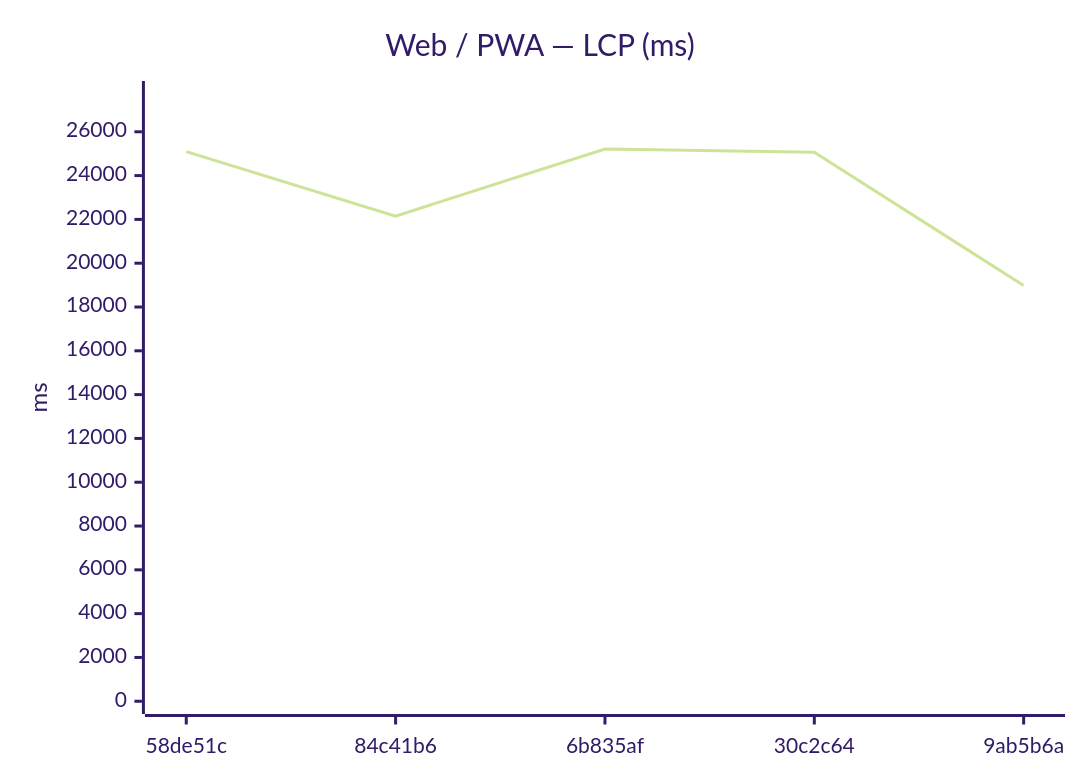
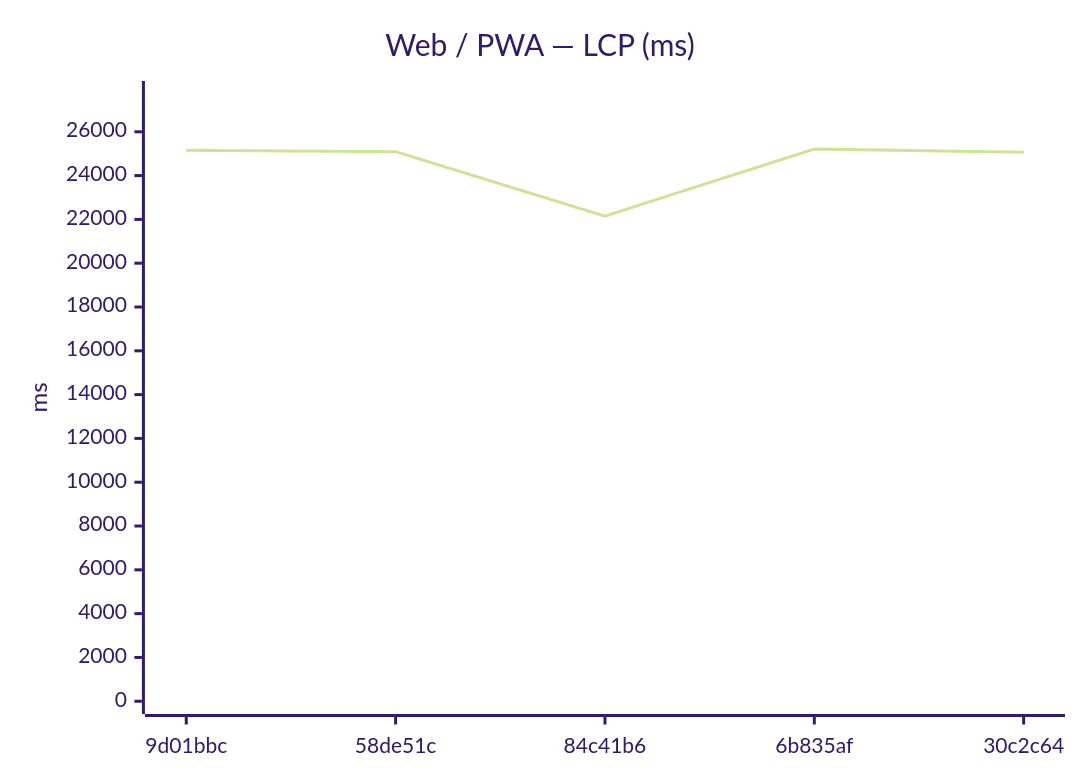
One commit to Metaheurist/Rianell changed the fifth of 12 diagrams in benchmarks/compare.md. Above: the diagram before and after it, drawn with Mermaid (forest theme). The commit also changed other lines of this file and 8 other files, not shown here.

````diff
--- a/benchmarks/compare.md
+++ b/benchmarks/compare.md
@@ -82,7 +82,7 @@
 ```mermaid
 xychart-beta
     title "Web / PWA — LCP (ms)"
-    x-axis ["58de51c", "84c41b6", "6b835af", "30c2c64", "9ab5b6a"]
+    x-axis ["9d01bbc", "58de51c", "84c41b6", "6b835af", "30c2c64"]
     y-axis "ms" 0 --> 27737
-    line [25092, 22152, 25215, 25064, 18985]
+    line [25162, 25092, 22152, 25215, 25064]
 ```
````
